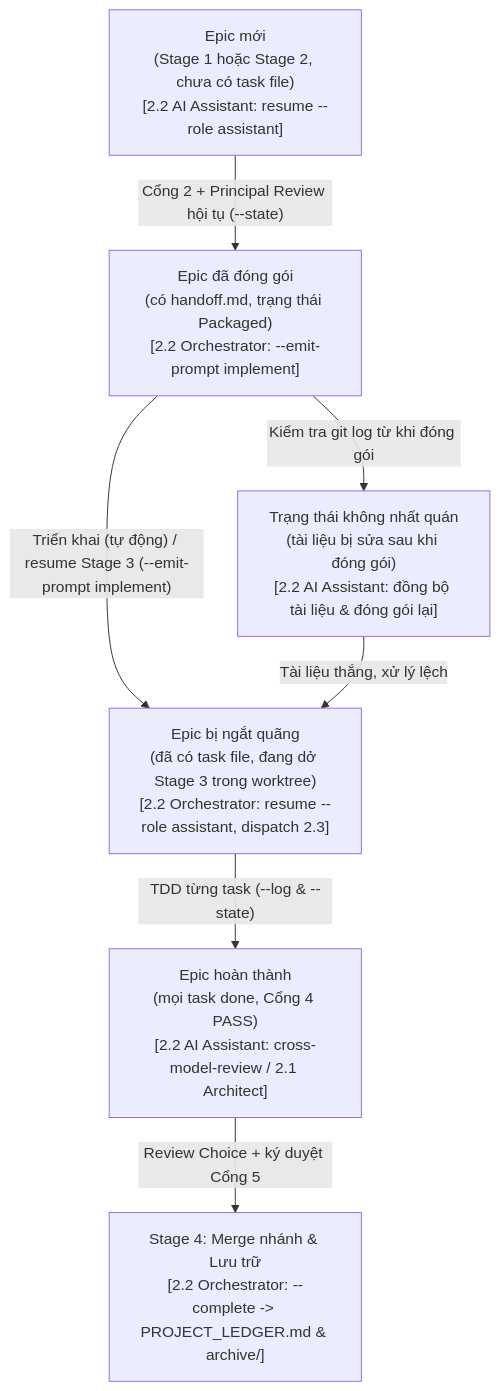
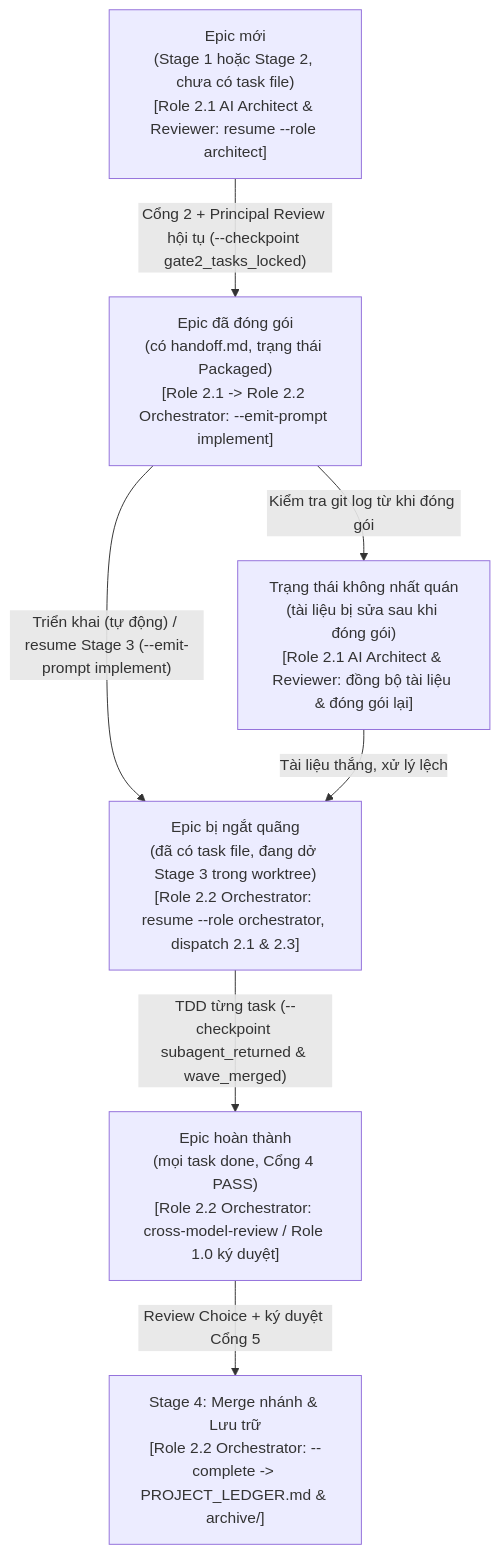
One commit to DanhDue/ai-agent-tools changed the second of 5 diagrams in docs/lifecycles.vi.md. Above: the diagram before and after it, drawn with Mermaid. The commit also changed other lines of this file and 9 other files, not shown here.

````diff
--- a/docs/lifecycles.vi.md
+++ b/docs/lifecycles.vi.md
@@ -113,16 +113,16 @@
 ```mermaid
 flowchart TD
-    FRESH["Epic mới<br/>(Stage 1 hoặc Stage 2, chưa có task file)<br/>[2.2 AI Assistant: resume --role assistant]"]
-    PKG["Epic đã đóng gói<br/>(có handoff.md, trạng thái Packaged)<br/>[2.2 Orchestrator: --emit-prompt implement]"]
-    INTR["Epic bị ngắt quãng<br/>(đã có task file, đang dở Stage 3 trong worktree)<br/>[2.2 Orchestrator: resume --role assistant, dispatch 2.3]"]
-    DONE_EPIC["Epic hoàn thành<br/>(mọi task done, Cổng 4 PASS)<br/>[2.2 AI Assistant: cross-model-review / 2.1 Architect]"]
-    INCON["Trạng thái không nhất quán<br/>(tài liệu bị sửa sau khi đóng gói)<br/>[2.2 AI Assistant: đồng bộ tài liệu &amp; đóng gói lại]"]
-    MERGED["Stage 4: Merge nhánh &amp; Lưu trữ<br/>[2.2 Orchestrator: --complete -> PROJECT_LEDGER.md &amp; archive/]"]
+    FRESH["Epic mới<br/>(Stage 1 hoặc Stage 2, chưa có task file)<br/>[Role 2.1 AI Architect &amp; Reviewer: resume --role architect]"]
+    PKG["Epic đã đóng gói<br/>(có handoff.md, trạng thái Packaged)<br/>[Role 2.1 -> Role 2.2 Orchestrator: --emit-prompt implement]"]
+    INTR["Epic bị ngắt quãng<br/>(đã có task file, đang dở Stage 3 trong worktree)<br/>[Role 2.2 Orchestrator: resume --role orchestrator, dispatch 2.1 &amp; 2.3]"]
+    DONE_EPIC["Epic hoàn thành<br/>(mọi task done, Cổng 4 PASS)<br/>[Role 2.2 Orchestrator: cross-model-review / Role 1.0 ký duyệt]"]
+    INCON["Trạng thái không nhất quán<br/>(tài liệu bị sửa sau khi đóng gói)<br/>[Role 2.1 AI Architect &amp; Reviewer: đồng bộ tài liệu &amp; đóng gói lại]"]
+    MERGED["Stage 4: Merge nhánh &amp; Lưu trữ<br/>[Role 2.2 Orchestrator: --complete -> PROJECT_LEDGER.md &amp; archive/]"]
 
-    FRESH -->|"Cổng 2 + Principal Review hội tụ (--state)"| PKG
+    FRESH -->|"Cổng 2 + Principal Review hội tụ (--checkpoint gate2_tasks_locked)"| PKG
     PKG -->|"Kiểm tra git log từ khi đóng gói"| INCON
     PKG -->|"Triển khai (tự động) / resume Stage 3 (--emit-prompt implement)"| INTR
     INCON -->|"Tài liệu thắng, xử lý lệch"| INTR
-    INTR -->|"TDD từng task (--log &amp; --state)"| DONE_EPIC
+    INTR -->|"TDD từng task (--checkpoint subagent_returned &amp; wave_merged)"| DONE_EPIC
     DONE_EPIC -->|"Review Choice + ký duyệt Cổng 5"| MERGED
 ```
````
